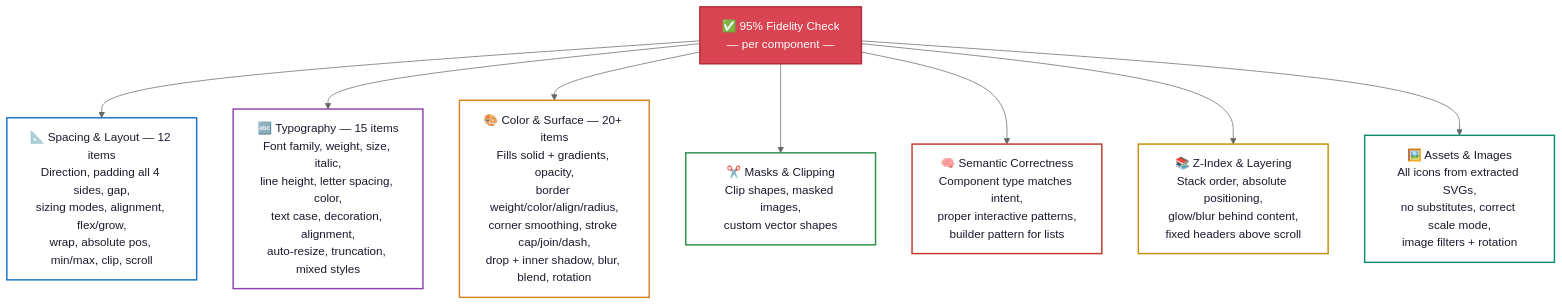
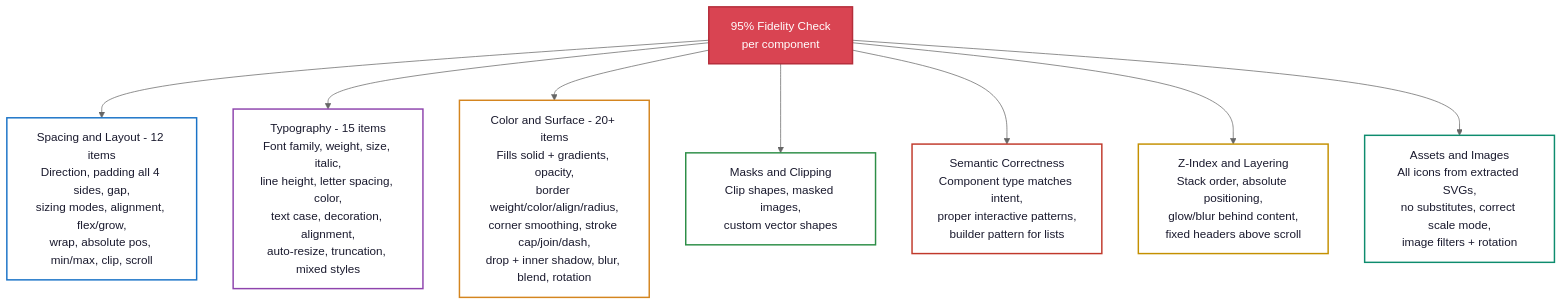
The eighth of 10 diagrams in README.md (bazingga08/figma-to-code), drawn with Mermaid (neutral theme) before and after one commit. The commit also changed other lines of this file, not shown here.

First line of the commit message:
fix: remove emojis from Mermaid diagrams to fix GitHub 500 error

````diff
--- a/README.md
+++ b/README.md
@@ -303,27 +303,27 @@
 ```mermaid
 flowchart TD
-    CHECK["✅ 95% Fidelity Check\n— per component —"]
+    CHECK[95% Fidelity Check<br/>per component]
 
-    CHECK --> LAYOUT["📐 Spacing & Layout — 12 items\nDirection, padding all 4 sides, gap,\nsizing modes, alignment, flex/grow,\nwrap, absolute pos, min/max, clip, scroll"]
+    CHECK --> LAYOUT[Spacing and Layout - 12 items<br/>Direction, padding all 4 sides, gap,<br/>sizing modes, alignment, flex/grow,<br/>wrap, absolute pos, min/max, clip, scroll]
 
-    CHECK --> TYPE["🔤 Typography — 15 items\nFont family, weight, size, italic,\nline height, letter spacing, color,\ntext case, decoration, alignment,\nauto-resize, truncation, mixed styles"]
+    CHECK --> TYPE[Typography - 15 items<br/>Font family, weight, size, italic,<br/>line height, letter spacing, color,<br/>text case, decoration, alignment,<br/>auto-resize, truncation, mixed styles]
 
-    CHECK --> COLOR["🎨 Color & Surface — 20+ items\nFills solid + gradients, opacity,\nborder weight/color/align/radius,\ncorner smoothing, stroke cap/join/dash,\ndrop + inner shadow, blur, blend, rotation"]
+    CHECK --> COLOR[Color and Surface - 20+ items<br/>Fills solid + gradients, opacity,<br/>border weight/color/align/radius,<br/>corner smoothing, stroke cap/join/dash,<br/>drop + inner shadow, blur, blend, rotation]
 
-    CHECK --> MASK["✂️ Masks & Clipping\nClip shapes, masked images,\ncustom vector shapes"]
+    CHECK --> MASK[Masks and Clipping<br/>Clip shapes, masked images,<br/>custom vector shapes]
 
-    CHECK --> SEMANTIC["🧠 Semantic Correctness\nComponent type matches intent,\nproper interactive patterns,\nbuilder pattern for lists"]
+    CHECK --> SEMANTIC[Semantic Correctness<br/>Component type matches intent,<br/>proper interactive patterns,<br/>builder pattern for lists]
 
-    CHECK --> ZINDEX["📚 Z-Index & Layering\nStack order, absolute positioning,\nglow/blur behind content,\nfixed headers above scroll"]
+    CHECK --> ZINDEX[Z-Index and Layering<br/>Stack order, absolute positioning,<br/>glow/blur behind content,<br/>fixed headers above scroll]
 
-    CHECK --> ASSETS["🖼️ Assets & Images\nAll icons from extracted SVGs,\nno substitutes, correct scale mode,\nimage filters + rotation"]
+    CHECK --> ASSETS[Assets and Images<br/>All icons from extracted SVGs,<br/>no substitutes, correct scale mode,<br/>image filters + rotation]
 
     style CHECK fill:#D94452,color:#ffffff,stroke:#b52d3a,stroke-width:2px
     style LAYOUT fill:#ffffff,color:#1a1a2e,stroke:#1A73C7,stroke-width:2px
     style TYPE fill:#ffffff,color:#1a1a2e,stroke:#8E44AD,stroke-width:2px
     style COLOR fill:#ffffff,color:#1a1a2e,stroke:#D4851F,stroke-width:2px
     style MASK fill:#ffffff,color:#1a1a2e,stroke:#2D8E47,stroke-width:2px
     style SEMANTIC fill:#ffffff,color:#1a1a2e,stroke:#C0392B,stroke-width:2px
     style ZINDEX fill:#ffffff,color:#1a1a2e,stroke:#C49000,stroke-width:2px
     style ASSETS fill:#ffffff,color:#1a1a2e,stroke:#0E8C6E,stroke-width:2px
 ```
````
